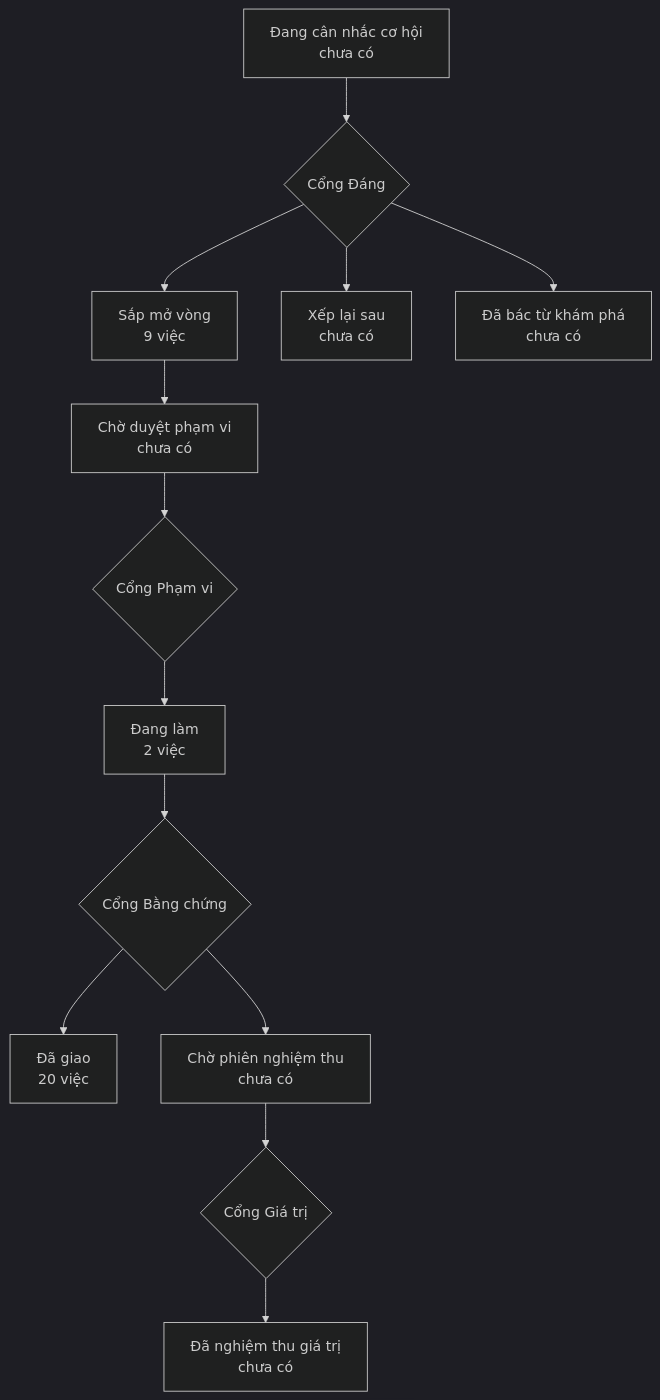
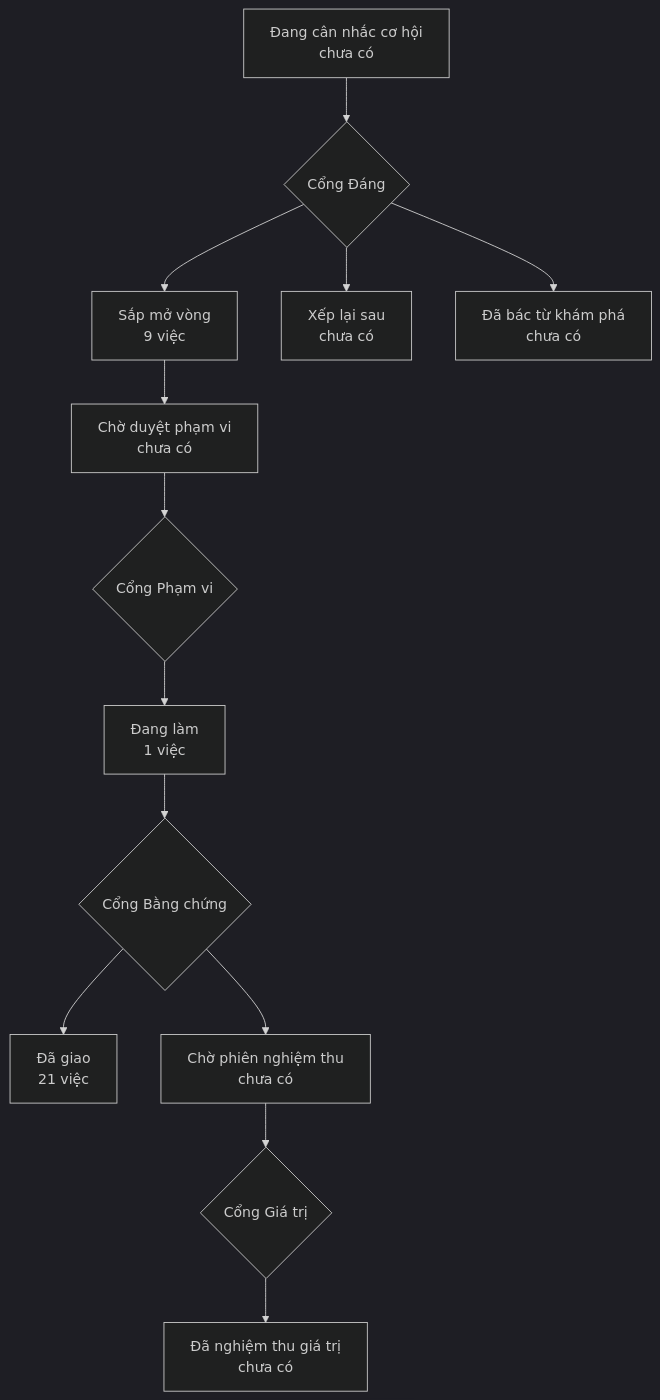
Before and after one commit to phanlemanh/onehub-invest: the diagram in PRODUCT-MAP.md, drawn with Mermaid (dark theme). The commit also changed 4 other files, not shown here.

````diff
--- a/PRODUCT-MAP.md
+++ b/PRODUCT-MAP.md
@@ -7,12 +7,12 @@
 ```mermaid
 flowchart TD
   A["Đang cân nhắc cơ hội<br/>chưa có"] --> GD{"Cổng Đáng"}
   GD --> B["Sắp mở vòng<br/>9 việc"]
   GD --> XL["Xếp lại sau<br/>chưa có"]
   GD --> DB["Đã bác từ khám phá<br/>chưa có"]
   B --> CD["Chờ duyệt phạm vi<br/>chưa có"] --> GP{"Cổng Phạm vi"}
-  GP --> DL["Đang làm<br/>2 việc"] --> GB{"Cổng Bằng chứng"}
-  GB --> DG["Đã giao<br/>20 việc"]
+  GP --> DL["Đang làm<br/>1 việc"] --> GB{"Cổng Bằng chứng"}
+  GB --> DG["Đã giao<br/>21 việc"]
   GB --> CN["Chờ phiên nghiệm thu<br/>chưa có"] --> GG{"Cổng Giá trị"}
   GG --> NT["Đã nghiệm thu giá trị<br/>chưa có"]
 ```
````
